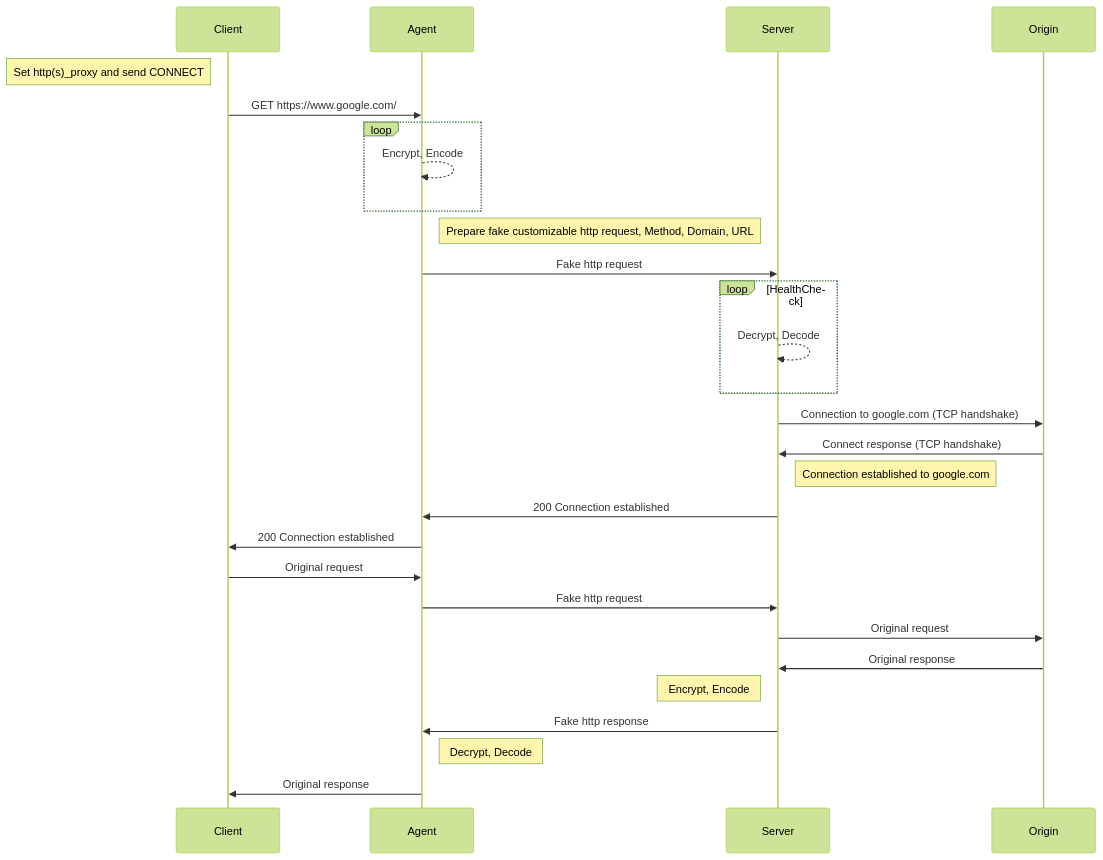
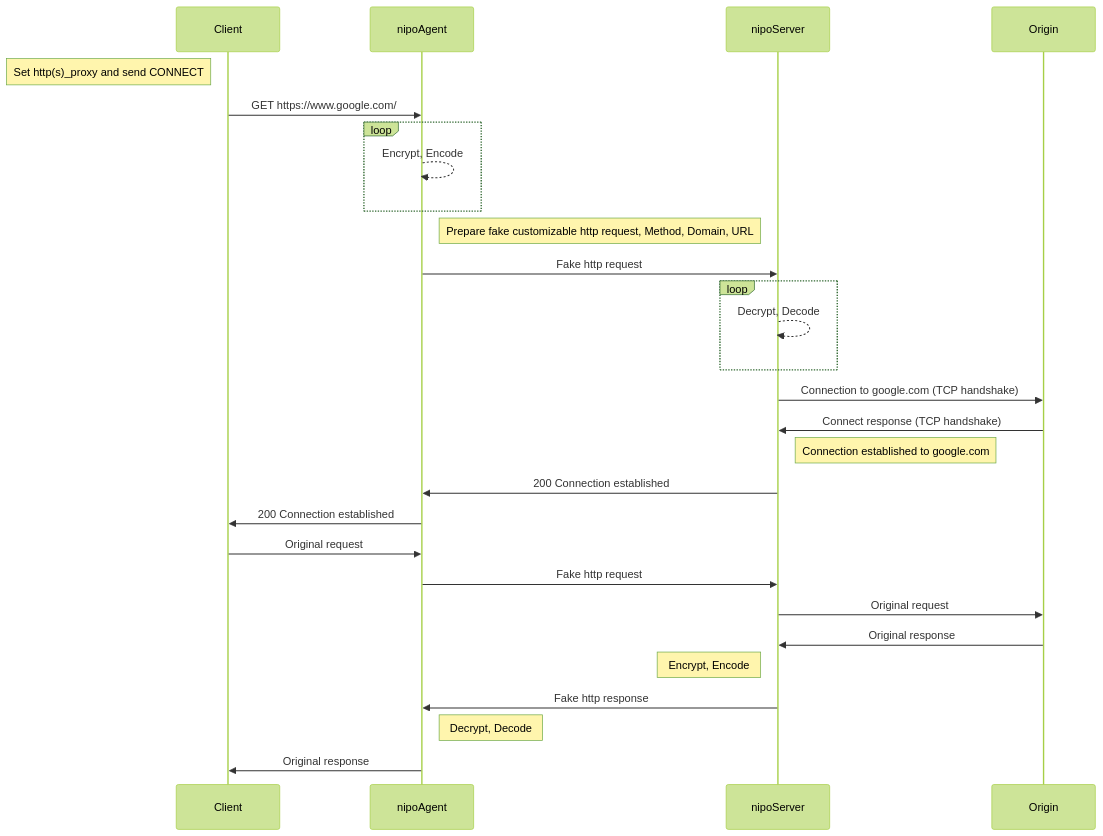
The diagram in README.md (MortezaBashsiz/nipovpn), drawn with Mermaid (forest theme) before and after one commit.

Commit message:
Test Readme

````diff
--- a/README.md
+++ b/README.md
@@ -6,29 +6,29 @@
 ```mermaid
 sequenceDiagram
 Note left of Client: Set http(s)_proxy and send CONNECT
-Client ->> Agent: GET https://www.google.com/ 
+Client ->> nipoAgent: GET https://www.google.com/ 
 loop
-    Agent-->>Agent: Encrypt, Encode
+    nipoAgent-->>nipoAgent: Encrypt, Encode
 end
-Note right of Agent: Prepare fake customizable http request, Method, Domain, URL
+Note right of nipoAgent: Prepare fake customizable http request, Method, Domain, URL
 
-Agent ->> Server: Fake http request
-loop HealthCheck
-    Server-->>Server: Decrypt, Decode
+nipoAgent ->> nipoServer: Fake http request
+loop
+    nipoServer-->>nipoServer: Decrypt, Decode
 end
-Server ->> Origin: Connection to google.com (TCP handshake)
-Origin ->> Server: Connect response (TCP handshake)
-Note right of Server: Connection established to google.com
-Server ->> Agent: 200 Connection established
-Agent ->> Client: 200 Connection established
-Client ->> Agent: Original request
-Agent ->> Server: Fake http request
-Server ->> Origin: Original request
-Origin ->> Server: Original response
-Note left of Server: Encrypt, Encode
-Server ->> Agent: Fake http response
-Note right of Agent: Decrypt, Decode
-Agent ->> Client: Original response
+nipoServer ->> Origin: Connection to google.com (TCP handshake)
+Origin ->> nipoServer: Connect response (TCP handshake)
+Note right of nipoServer: Connection established to google.com
+nipoServer ->> nipoAgent: 200 Connection established
+nipoAgent ->> Client: 200 Connection established
+Client ->> nipoAgent: Original request
+nipoAgent ->> nipoServer: Fake http request
+nipoServer ->> Origin: Original request
+Origin ->> nipoServer: Original response
+Note left of nipoServer: Encrypt, Encode
+nipoServer ->> nipoAgent: Fake http response
+Note right of nipoAgent: Decrypt, Decode
+nipoAgent ->> Client: Original response
 
 
 ```
````
